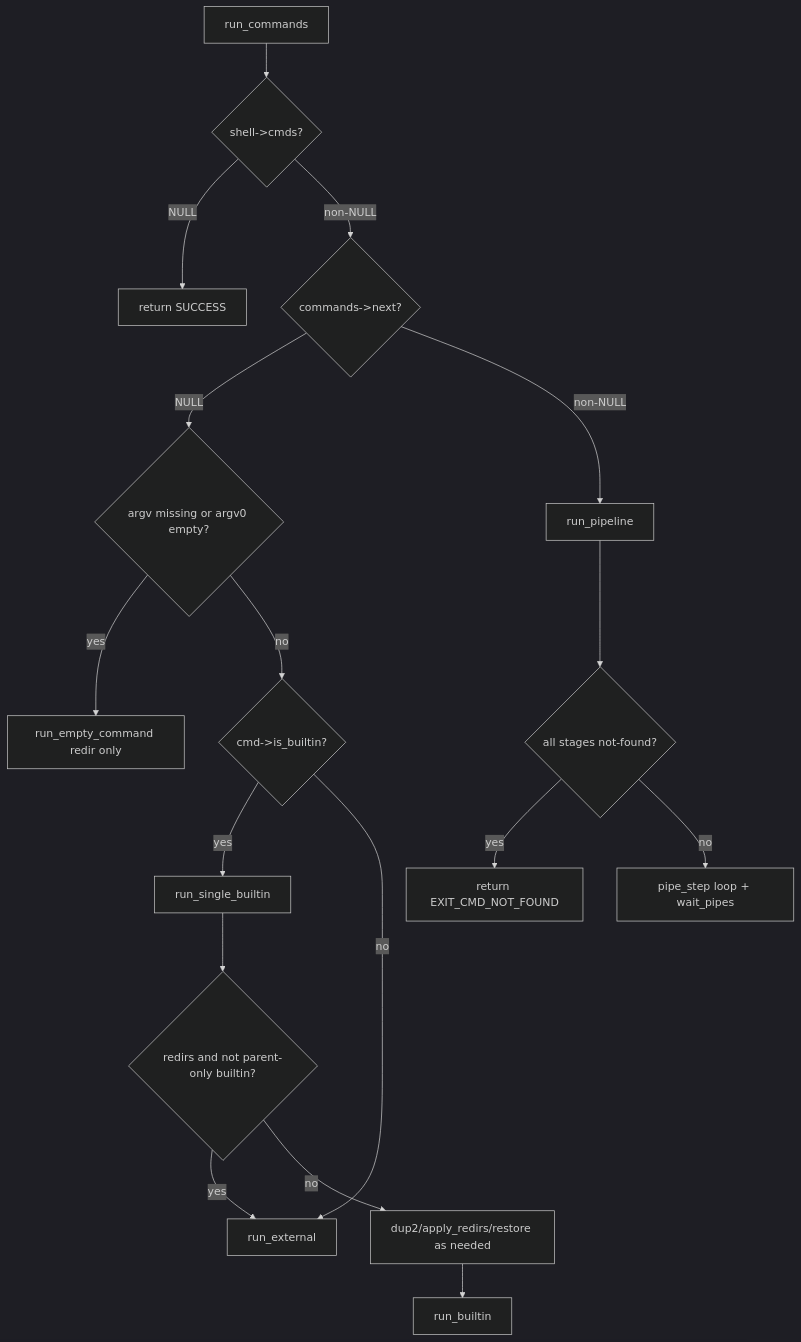
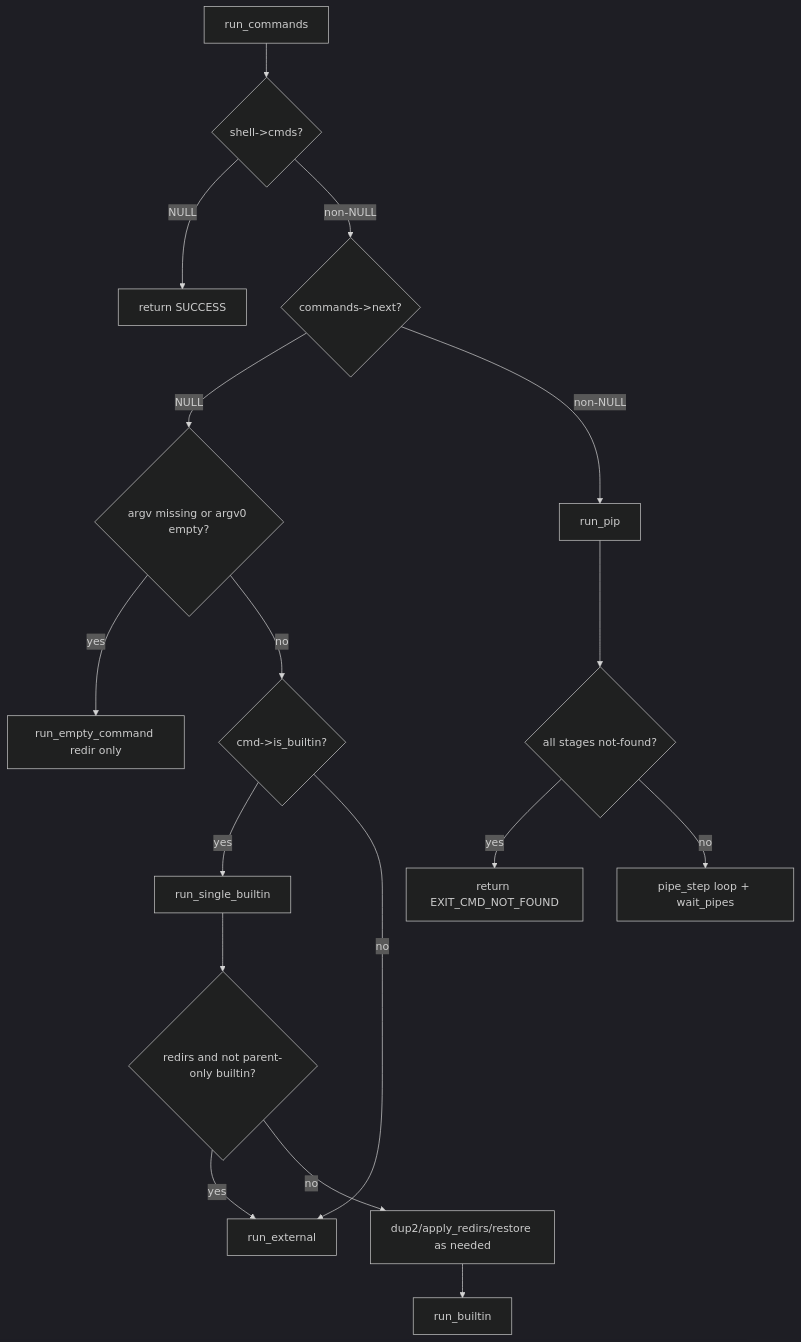
One commit to gkhavari/minishell changed diagram 11 of 14 in docs/MINISHELL_ARCHITECTURE.md. Above: the diagram before and after it, drawn with Mermaid (dark theme). The commit also changed other lines of this file and 45 other files, not shown here.

````diff
--- a/docs/MINISHELL_ARCHITECTURE.md
+++ b/docs/MINISHELL_ARCHITECTURE.md
@@ -786,20 +786,20 @@
 ```mermaid
 flowchart TD
     EC[run_commands]
     EC --> NO_CMD{shell->cmds?}
     NO_CMD -->|NULL| R0[return SUCCESS]
     NO_CMD -->|non-NULL| ONE{commands->next?}
     ONE -->|NULL| EMP{argv missing or argv0 empty?}
     EMP -->|yes| EMPTY[run_empty_command redir only]
     EMP -->|no| BUILTIN{cmd->is_builtin?}
     BUILTIN -->|yes| RB[run_single_builtin]
     BUILTIN -->|no| EXT[run_external]
     RB --> RBX{redirs and not parent-only builtin?}
     RBX -->|yes| EXT
     RBX -->|no| RBP[dup2/apply_redirs/restore as needed]
     RBP --> RUNB[run_builtin]
-    ONE -->|non-NULL| PIPE[run_pipeline]
+    ONE -->|non-NULL| PIPE[run_pip]
     PIPE --> NF{all stages not-found?}
     NF -->|yes| R127[return EXIT_CMD_NOT_FOUND]
     NF -->|no| FORK[pipe_step loop + wait_pipes]
 ```
````
